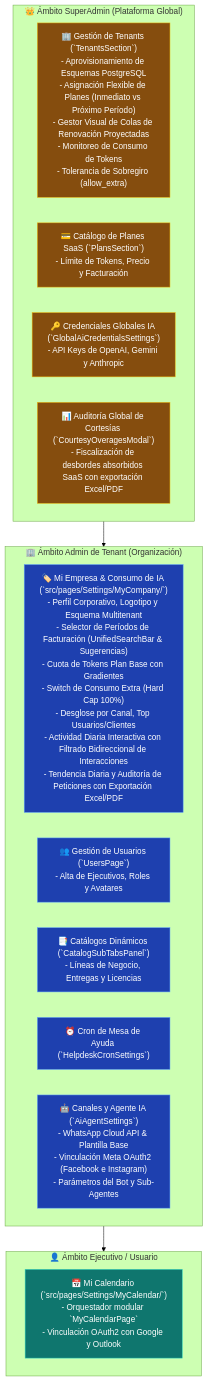
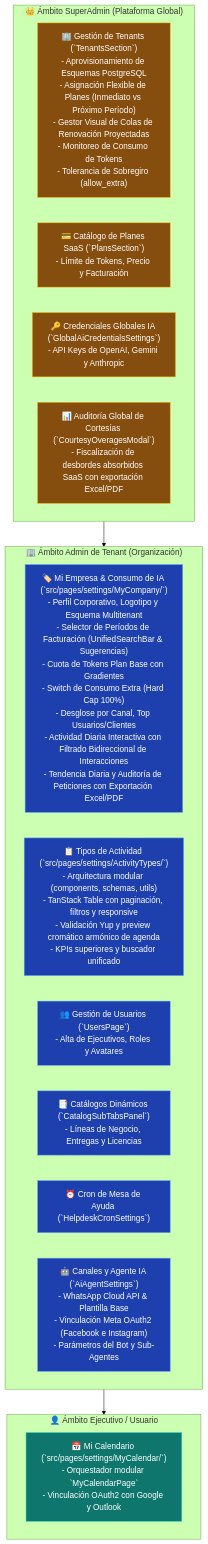
One commit to DesarrolloTibs/crm-tibs-app changed the diagram in Proyectos/CRM TIBS - Centro de Configuracion, Tenants & Roles.md. Above: the diagram before and after it, drawn with Mermaid (forest theme). The commit also changed other lines of this file and 14 other files, not shown here.

Commit message:
[add] refactor Activity types - Settings

````diff
--- a/Proyectos/CRM TIBS - Centro de Configuracion, Tenants & Roles.md
+++ b/Proyectos/CRM TIBS - Centro de Configuracion, Tenants & Roles.md
@@ -25,32 +26,33 @@
 ```mermaid
 graph TD
     subgraph AmbitoSuperAdmin ["👑 Ámbito SuperAdmin (Plataforma Global)"]
         Tenants["🏢 Gestión de Tenants (`TenantsSection`)<br/>- Aprovisionamiento de Esquemas PostgreSQL<br/>- Asignación Flexible de Planes (Inmediato vs Próximo Período)<br/>- Gestor Visual de Colas de Renovación Proyectadas<br/>- Monitoreo de Consumo de Tokens<br/>- Tolerancia de Sobregiro (allow_extra)"]
         Plans["💳 Catálogo de Planes SaaS (`PlansSection`)<br/>- Límite de Tokens, Precio y Facturación"]
         AICreds["🔑 Credenciales Globales IA (`GlobalAiCredentialsSettings`)<br/>- API Keys de OpenAI, Gemini y Anthropic"]
         GlobalAudit["📊 Auditoría Global de Cortesías (`CourtesyOveragesModal`)<br/>- Fiscalización de desbordes absorbidos SaaS con exportación Excel/PDF"]
     end
 
     subgraph AmbitoAdmin ["🏢 Ámbito Admin de Tenant (Organización)"]
-        Company["🏷️ Mi Empresa & Consumo de IA (`src/pages/Settings/MyCompany/`)<br/>- Perfil Corporativo, Logotipo y Esquema Multitenant<br/>- Selector de Períodos de Facturación (UnifiedSearchBar & Sugerencias)<br/>- Cuota de Tokens Plan Base con Gradientes<br/>- Switch de Consumo Extra (Hard Cap 100%)<br/>- Desglose por Canal, Top Usuarios/Clientes<br/>- Actividad Diaria Interactiva con Filtrado Bidireccional de Interacciones<br/>- Tendencia Diaria y Auditoría de Peticiones con Exportación Excel/PDF"]
+        Company["🏷️ Mi Empresa & Consumo de IA (`src/pages/settings/MyCompany/`)<br/>- Perfil Corporativo, Logotipo y Esquema Multitenant<br/>- Selector de Períodos de Facturación (UnifiedSearchBar & Sugerencias)<br/>- Cuota de Tokens Plan Base con Gradientes<br/>- Switch de Consumo Extra (Hard Cap 100%)<br/>- Desglose por Canal, Top Usuarios/Clientes<br/>- Actividad Diaria Interactiva con Filtrado Bidireccional de Interacciones<br/>- Tendencia Diaria y Auditoría de Peticiones con Exportación Excel/PDF"]
+        ActivityTypes["📋 Tipos de Actividad (`src/pages/settings/ActivityTypes/`)<br/>- Arquitectura modular (components, schemas, utils)<br/>- TanStack Table con paginación, filtros y responsive<br/>- Validación Yup y preview cromático armónico de agenda<br/>- KPIs superiores y buscador unificado"]
         Users["👥 Gestión de Usuarios (`UsersPage`)<br/>- Alta de Ejecutivos, Roles y Avatares"]
         Catalogs["📑 Catálogos Dinámicos (`CatalogSubTabsPanel`)<br/>- Líneas de Negocio, Entregas y Licencias"]
         CronSLA["⏰ Cron de Mesa de Ayuda (`HelpdeskCronSettings`)"]
         BotConfig["🤖 Canales y Agente IA (`AiAgentSettings`)<br/>- WhatsApp Cloud API & Plantilla Base<br/>- Vinculación Meta OAuth2 (Facebook e Instagram)<br/>- Parámetros del Bot y Sub-Agentes"]
     end
 
     subgraph AmbitoPersonal ["👤 Ámbito Ejecutivo / Usuario"]
-        MyCal["📅 Mi Calendario (`src/pages/Settings/MyCalendar/`)<br/>- Orquestador modular `MyCalendarPage`<br/>- Vinculación OAuth2 con Google y Outlook"]
+        MyCal["📅 Mi Calendario (`src/pages/settings/MyCalendar/`)<br/>- Orquestador modular `MyCalendarPage`<br/>- Vinculación OAuth2 con Google y Outlook"]
     end
 
     AmbitoSuperAdmin --> AmbitoAdmin
     AmbitoAdmin --> AmbitoPersonal
 
     classDef sa fill:#854d0e,stroke:#eab308,color:#fff;
     classDef adm fill:#1e40af,stroke:#60a5fa,color:#fff;
     classDef usr fill:#0f766e,stroke:#2dd4bf,color:#fff;
 
     class Tenants,Plans,AICreds,GlobalAudit sa;
-    class Company,Users,Catalogs,CronSLA,BotConfig adm;
+    class Company,Users,Catalogs,CronSLA,BotConfig,ActivityTypes adm;
     class MyCal usr;
 ```
````
